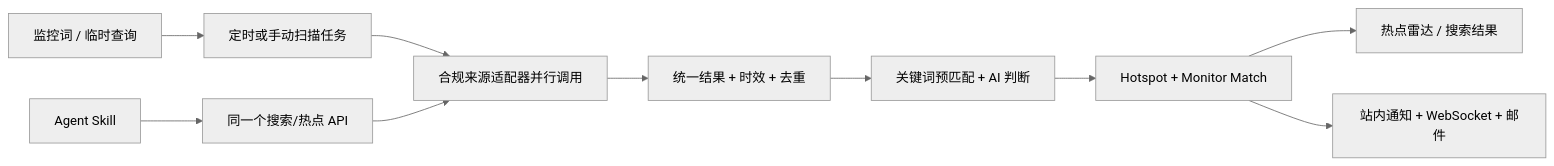
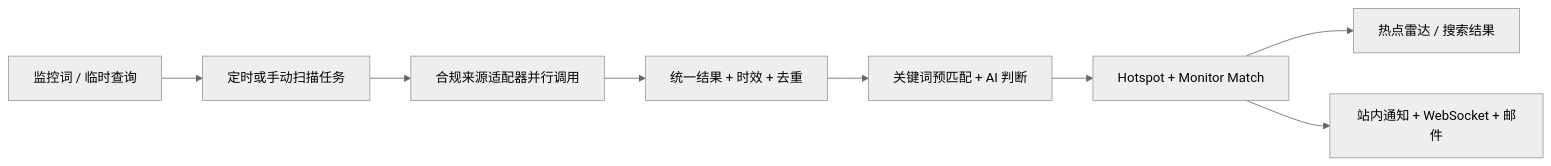
One commit to StephenQiu30/Ripplesight changed the diagram in docs/design/037-实时热点监控MVP功能基线设计.md. Above: the diagram before and after it, drawn with Mermaid (neutral theme). The commit also changed other lines of this file and 4 other files, not shown here.

````diff
--- a/docs/design/037-实时热点监控MVP功能基线设计.md
+++ b/docs/design/037-实时热点监控MVP功能基线设计.md
@@ -138,12 +129,10 @@
 ```mermaid
 flowchart LR
   A["监控词 / 临时查询"] --> B["定时或手动扫描任务"]
   B --> C["合规来源适配器并行调用"]
   C --> D["统一结果 + 时效 + 去重"]
   D --> E["关键词预匹配 + AI 判断"]
   E --> F["Hotspot + Monitor Match"]
   F --> G["热点雷达 / 搜索结果"]
   F --> H["站内通知 + WebSocket + 邮件"]
-  I["Agent Skill"] --> J["同一个搜索/热点 API"]
-  J --> C
 ```
````
